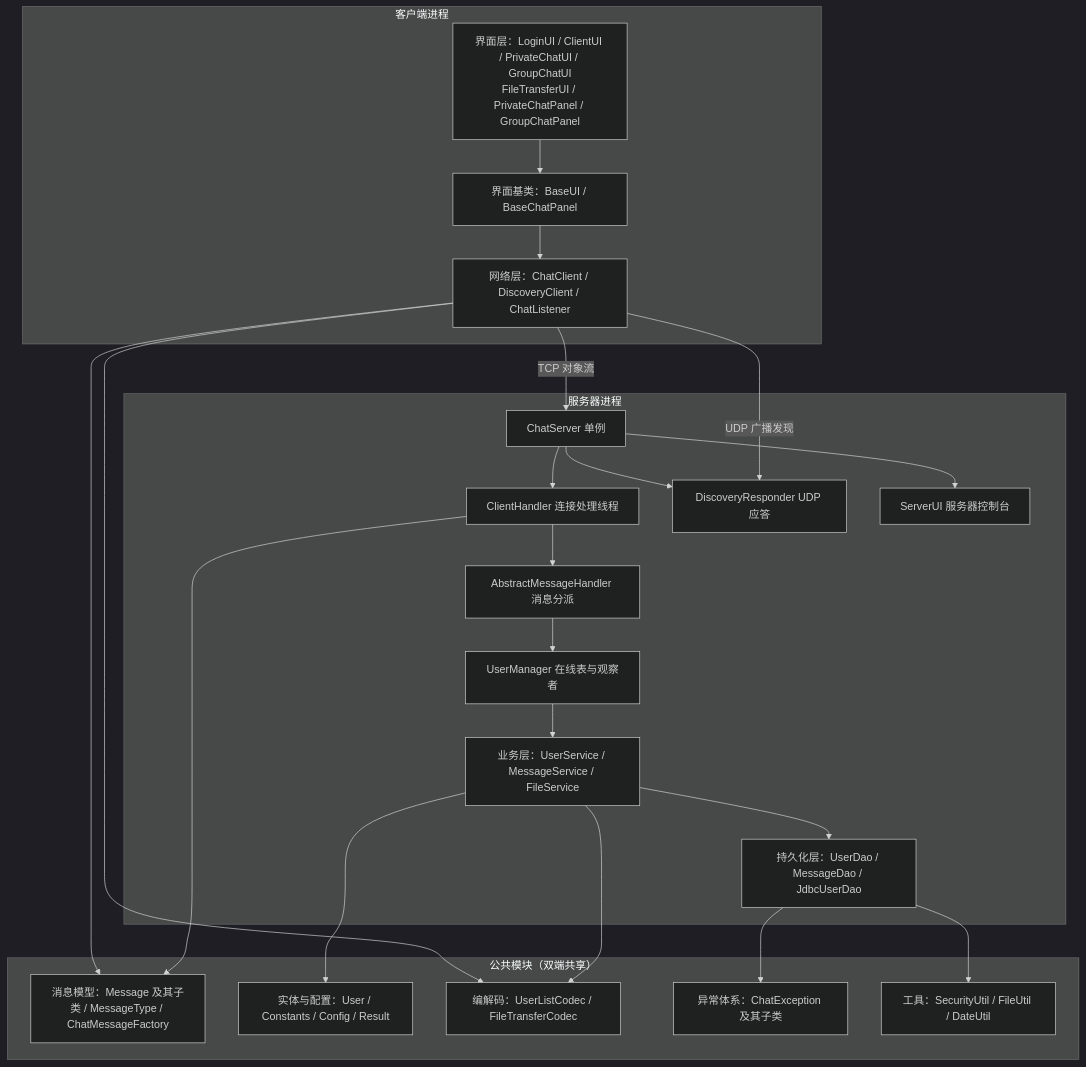
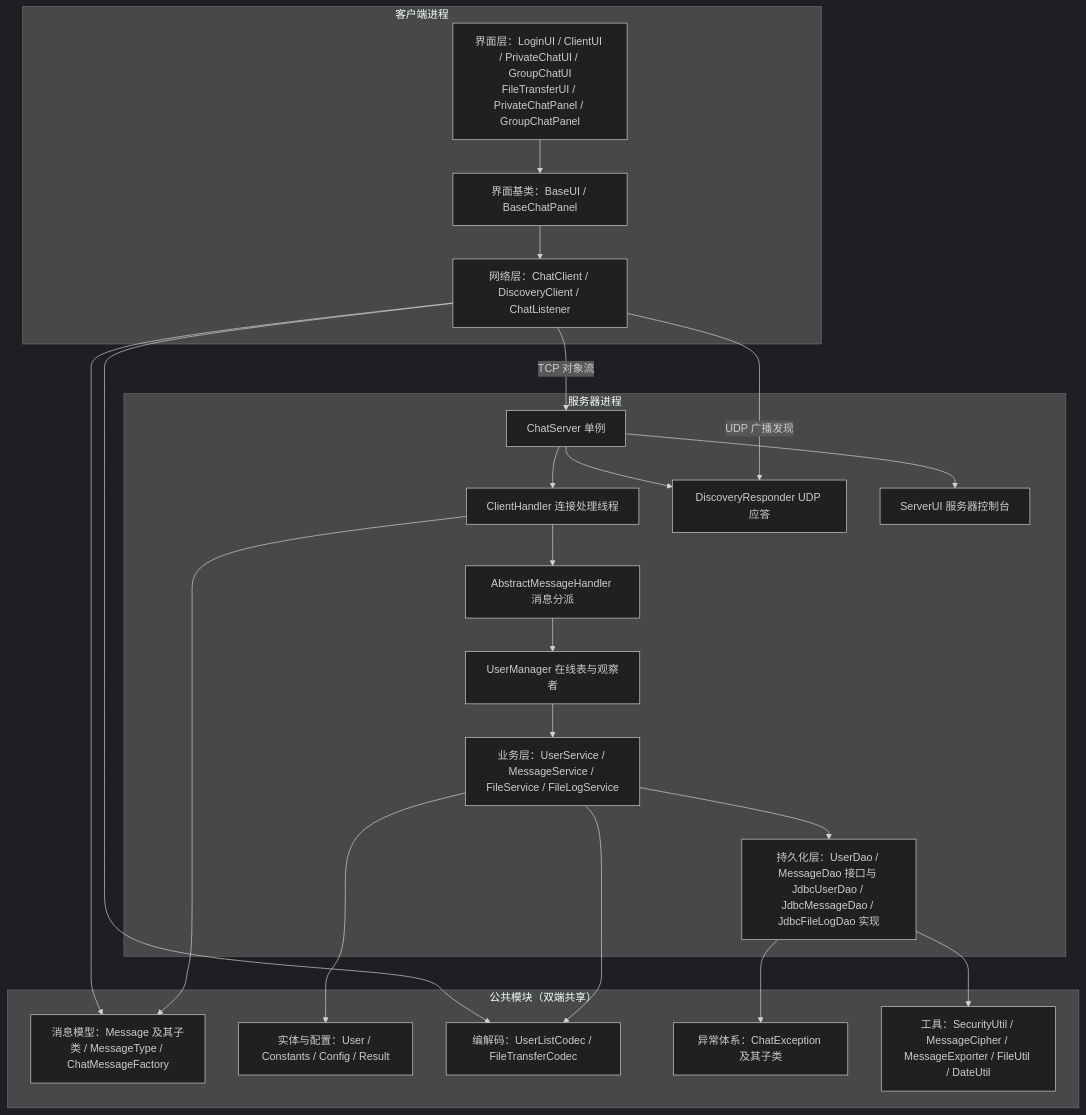
One commit to FeiTwnd/lanchat changed the second of 12 diagrams in docs/report/课程设计报告.md. Above: the diagram before and after it, drawn with Mermaid (dark theme). The commit also changed other lines of this file and 9 other files, not shown here.

````diff
--- a/docs/report/课程设计报告.md
+++ b/docs/report/课程设计报告.md
@@ -263,46 +265,46 @@
 ```mermaid
 flowchart TB
     subgraph CLIENT["客户端进程"]
         CUI["界面层：LoginUI / ClientUI / PrivateChatUI / GroupChatUI<br/>FileTransferUI / PrivateChatPanel / GroupChatPanel"]
         CUIBase["界面基类：BaseUI / BaseChatPanel"]
         CNET["网络层：ChatClient / DiscoveryClient / ChatListener"]
         CUI --> CUIBase
         CUIBase --> CNET
     end
 
     subgraph SHARED["公共模块（双端共享）"]
         MODEL["消息模型：Message 及其子类 / MessageType / ChatMessageFactory"]
         ENTITY["实体与配置：User / Constants / Config / Result"]
         CODEC["编解码：UserListCodec / FileTransferCodec"]
         EXC["异常体系：ChatException 及其子类"]
-        UTI["工具：SecurityUtil / FileUtil / DateUtil"]
+        UTI["工具：SecurityUtil / MessageCipher / MessageExporter / FileUtil / DateUtil"]
     end
 
     subgraph SERVER["服务器进程"]
         SRV["ChatServer 单例"]
         HANDLER["ClientHandler 连接处理线程"]
         DISPATCH["AbstractMessageHandler 消息分派"]
         UM["UserManager 在线表与观察者"]
         UDP["DiscoveryResponder UDP 应答"]
-        SVC["业务层：UserService / MessageService / FileService"]
-        DAO["持久化层：UserDao / MessageDao / JdbcUserDao"]
+        SVC["业务层：UserService / MessageService / FileService / FileLogService"]
+        DAO["持久化层：UserDao / MessageDao 接口与 JdbcUserDao / JdbcMessageDao / JdbcFileLogDao 实现"]
         SUI["ServerUI 服务器控制台"]
         SRV --> HANDLER
         HANDLER --> DISPATCH
         DISPATCH --> UM
         SRV --> UDP
         UM --> SVC
         SVC --> DAO
         SRV --> SUI
     end
 
     CNET -->|"TCP 对象流"| SRV
     CNET -->|"UDP 广播发现"| UDP
     CNET --> MODEL
     HANDLER --> MODEL
     SVC --> ENTITY
     DAO --> UTI
     CNET --> CODEC
     SVC --> CODEC
     DAO --> EXC
 ```
````
